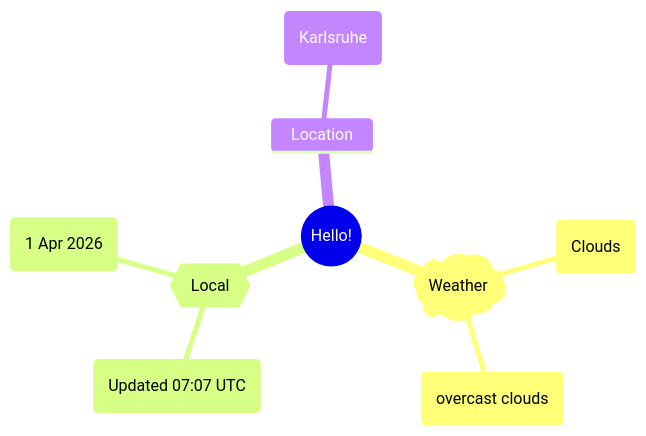
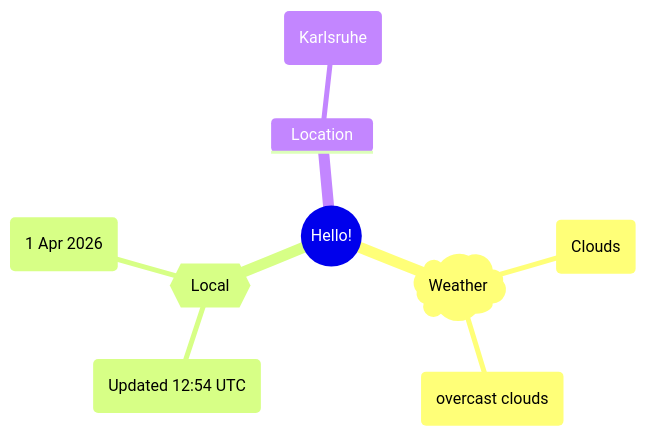
The first of 2 diagrams in README.md (Xosrov/Xosrov), drawn with Mermaid before and after one commit.

Commit message:
[bot] updated images

````diff
--- a/README.md
+++ b/README.md
@@ -3,12 +3,12 @@
 ```mermaid
 mindmap
   root((Hello!))
     )Weather(
         (Clouds)
         (overcast clouds)
     {{Local}}
-        (Updated 07:07 UTC)
+        (Updated 12:54 UTC)
         (1 Apr 2026)
     Location
         (Karlsruhe)
 ```
````
